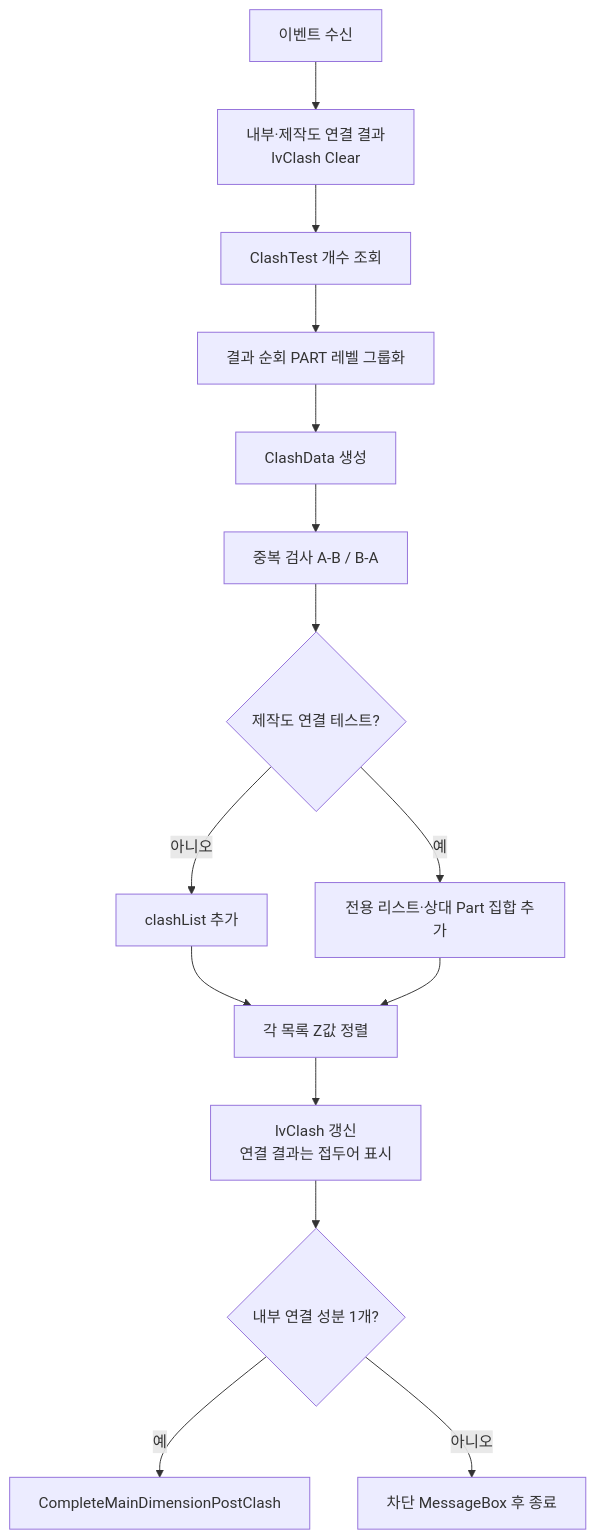
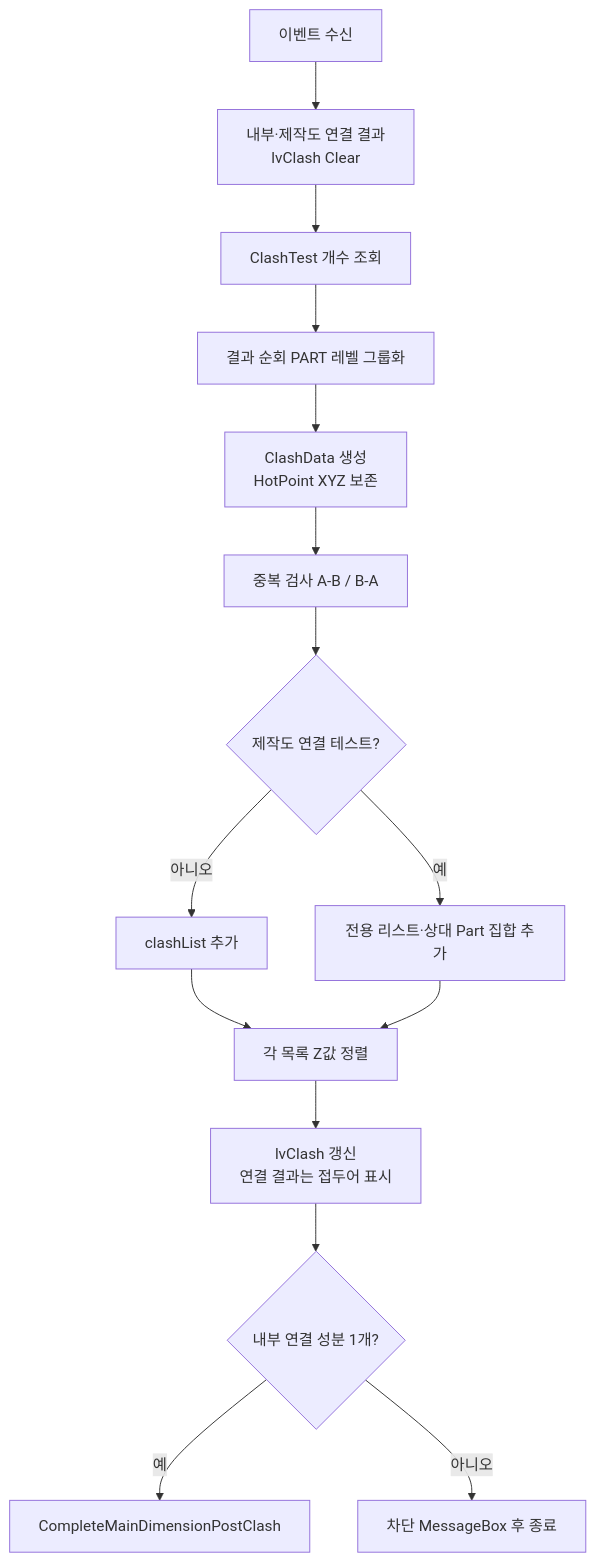
One commit to uuuuj/a2z changed the diagram in docs/기능/간섭검사/간섭검사 완료 이벤트.md. Above: the diagram before and after it, drawn with Mermaid. The commit also changed other lines of this file and 11 other files, not shown here.

````diff
--- a/docs/기능/간섭검사/간섭검사 완료 이벤트.md
+++ b/docs/기능/간섭검사/간섭검사 완료 이벤트.md
@@ -29,17 +29,17 @@
 ```mermaid
 flowchart TD
     A[이벤트 수신] --> B[내부·제작도 연결 결과<br/>lvClash Clear]
     B --> C[ClashTest 개수 조회]
     C --> D[결과 순회 PART 레벨 그룹화]
-    D --> E[ClashData 생성]
+    D --> E[ClashData 생성<br/>HotPoint XYZ 보존]
     E --> F[중복 검사 A-B / B-A]
     F --> G{제작도 연결 테스트?}
     G -- 아니오 --> H[clashList 추가]
     G -- 예 --> I[전용 리스트·상대 Part 집합 추가]
     H --> J[각 목록 Z값 정렬]
     I --> J
     J --> K[lvClash 갱신<br/>연결 결과는 접두어 표시]
     K --> L{내부 연결 성분 1개?}
     L -- 예 --> M[CompleteMainDimensionPostClash]
     L -- 아니오 --> N[차단 MessageBox 후 종료]
 ```
````
